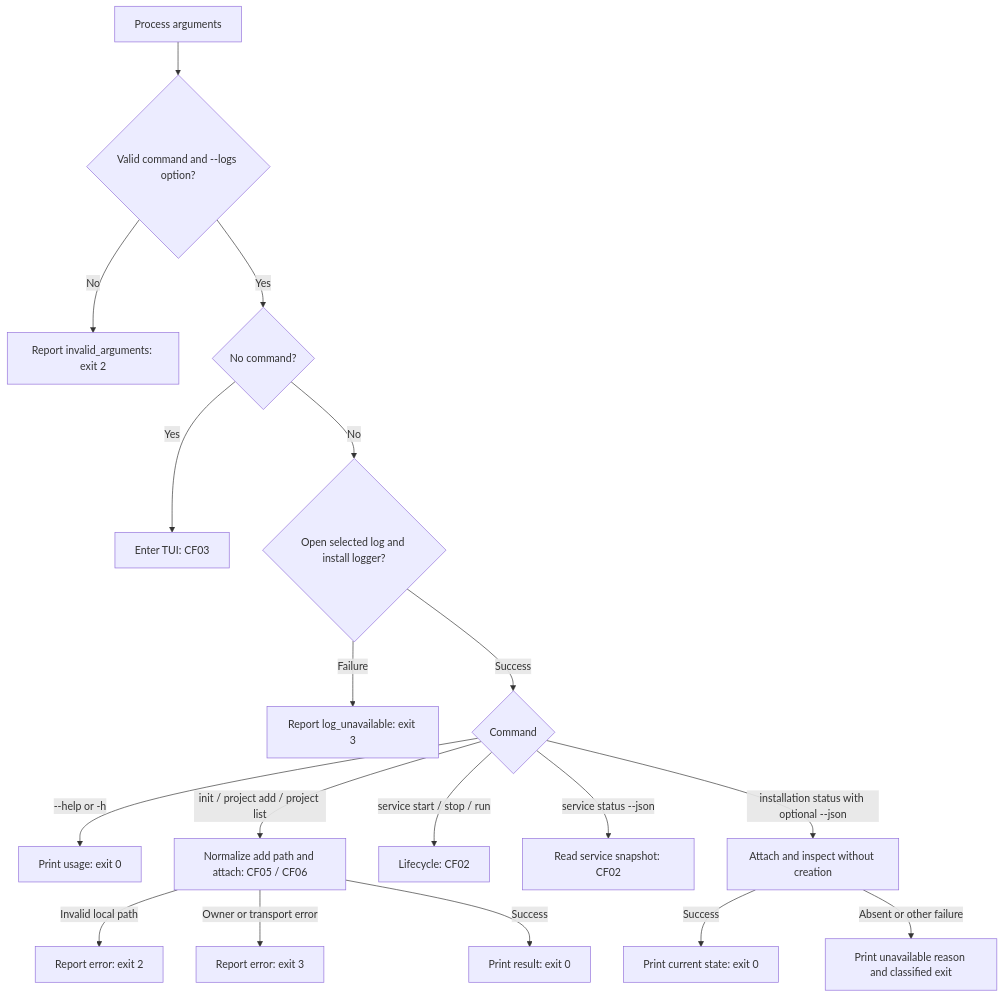
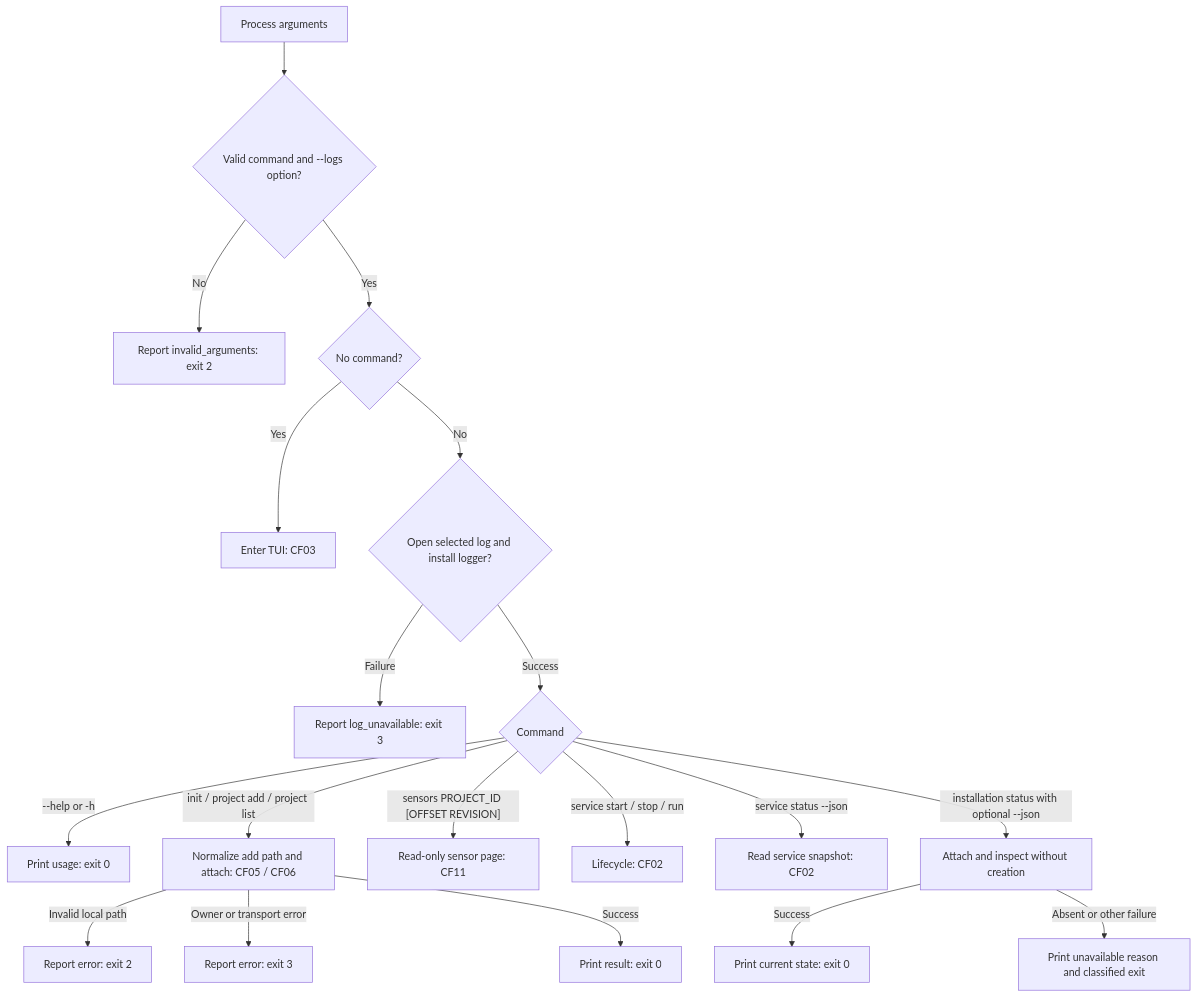
The first of 17 diagrams in docs/designs/command-flows.md (pidster/asura), drawn with Mermaid before and after one commit. The commit also changed other lines of this file and 29 other files, not shown here.

````diff
--- a/docs/designs/command-flows.md
+++ b/docs/designs/command-flows.md
@@ -25,20 +25,21 @@
 ```mermaid
 flowchart TD
     Args["Process arguments"] --> Parse{"Valid command and --logs option?"}
     Parse -->|No| Usage["Report invalid_arguments: exit 2"]
     Parse -->|Yes| Tui{"No command?"}
     Tui -->|Yes| UI["Enter TUI: CF03"]
     Tui -->|No| Log{"Open selected log and install logger?"}
     Log -->|Failure| LF["Report log_unavailable: exit 3"]
     Log -->|Success| Kind{"Command"}
     Kind -->|"--help or -h"| Help["Print usage: exit 0"]
     Kind -->|"init / project add / project list"| Setup["Normalize add path and attach: CF05 / CF06"]
     Setup -->|"Invalid local path"| Bad["Report error: exit 2"]
     Setup -->|"Owner or transport error"| SE["Report error: exit 3"]
     Setup -->|Success| OK["Print result: exit 0"]
+    Kind -->|"sensors PROJECT_ID [OFFSET REVISION]"| Sensors["Read-only sensor page: CF11"]
     Kind -->|"service start / stop / run"| Life["Lifecycle: CF02"]
     Kind -->|"service status --json"| Status["Read service snapshot: CF02"]
     Kind -->|"installation status with optional --json"| Inspect["Attach and inspect without creation"]
     Inspect -->|Success| IS["Print current state: exit 0"]
     Inspect -->|"Absent or other failure"| IE["Print unavailable reason and classified exit"]
 ```
````
